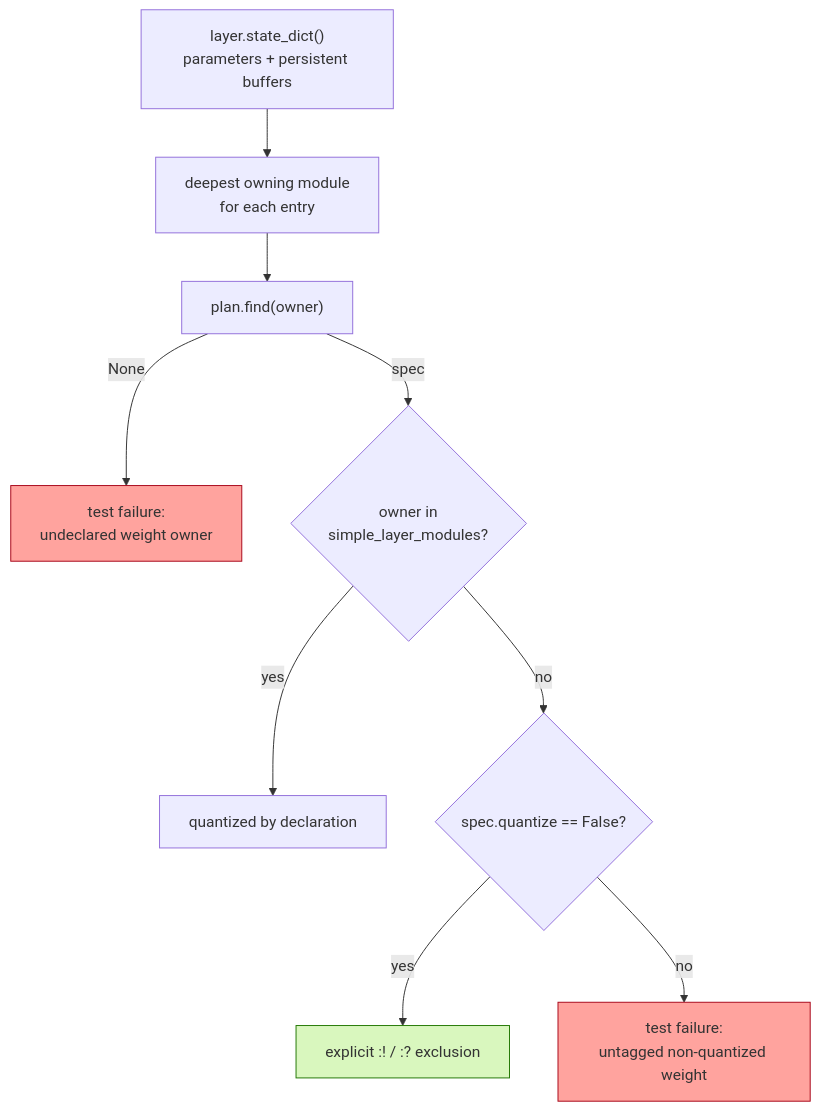
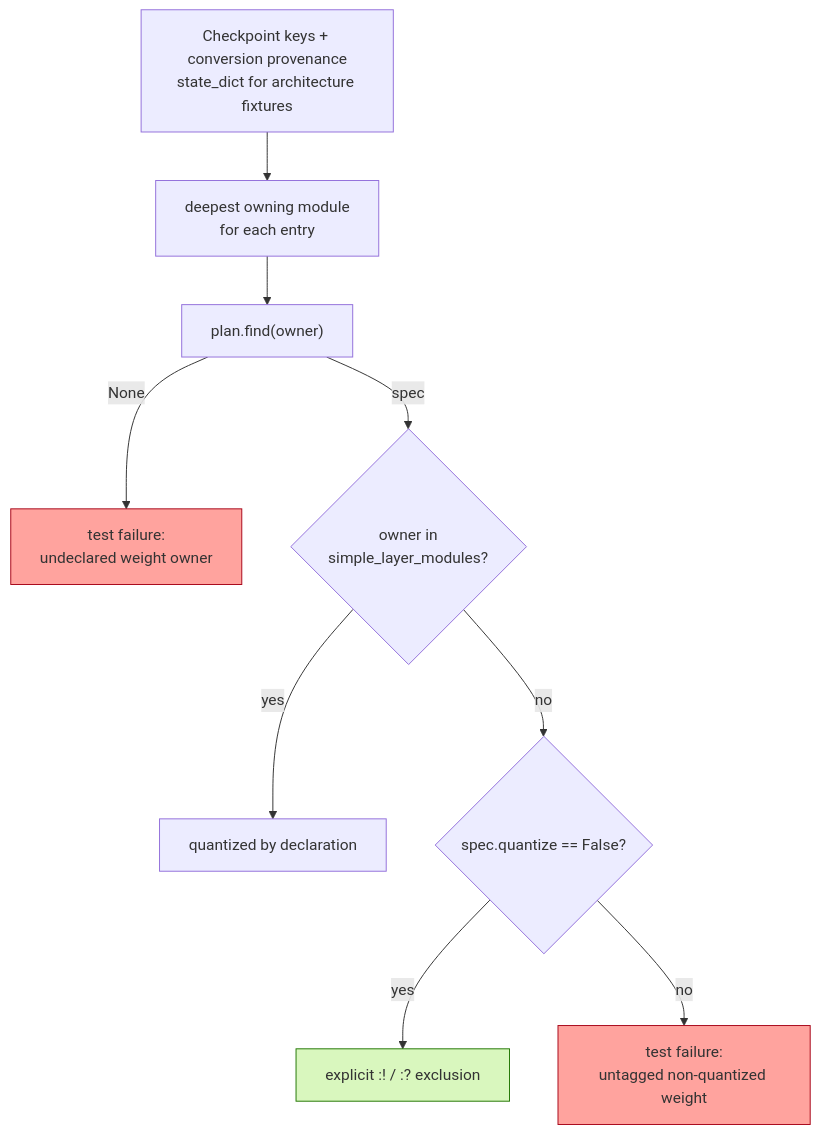
Before and after one commit to ModelCloud/GPTQModel: the tenth of 13 diagrams in docs/model-tree-resolution.md, drawn with Mermaid. The commit also changed other lines of this file and 4 other files, not shown here.

````diff
--- a/docs/model-tree-resolution.md
+++ b/docs/model-tree-resolution.md
@@ -285,14 +290,14 @@
 ```mermaid
 flowchart TD
-    SD["layer.state_dict()<br/>parameters + persistent buffers"] --> OWN["deepest owning module<br/>for each entry"]
+    SD["Checkpoint keys + conversion provenance<br/>state_dict for architecture fixtures"] --> OWN["deepest owning module<br/>for each entry"]
     OWN --> FIND["plan.find(owner)"]
     FIND -->|None| FAIL["test failure:<br/>undeclared weight owner"]
     FIND -->|spec| Q{"owner in<br/>simple_layer_modules?"}
     Q -->|yes| DECL["quantized by declaration"]
     Q -->|no| TAG{"spec.quantize == False?"}
     TAG -->|yes| EXCLUDED["explicit :! / :? exclusion"]
     TAG -->|no| FAIL2["test failure:<br/>untagged non-quantized weight"]
     style FAIL fill:#ffa39e,stroke:#a8071a
     style FAIL2 fill:#ffa39e,stroke:#a8071a
     style EXCLUDED fill:#d9f7be,stroke:#237804
 ```
````
